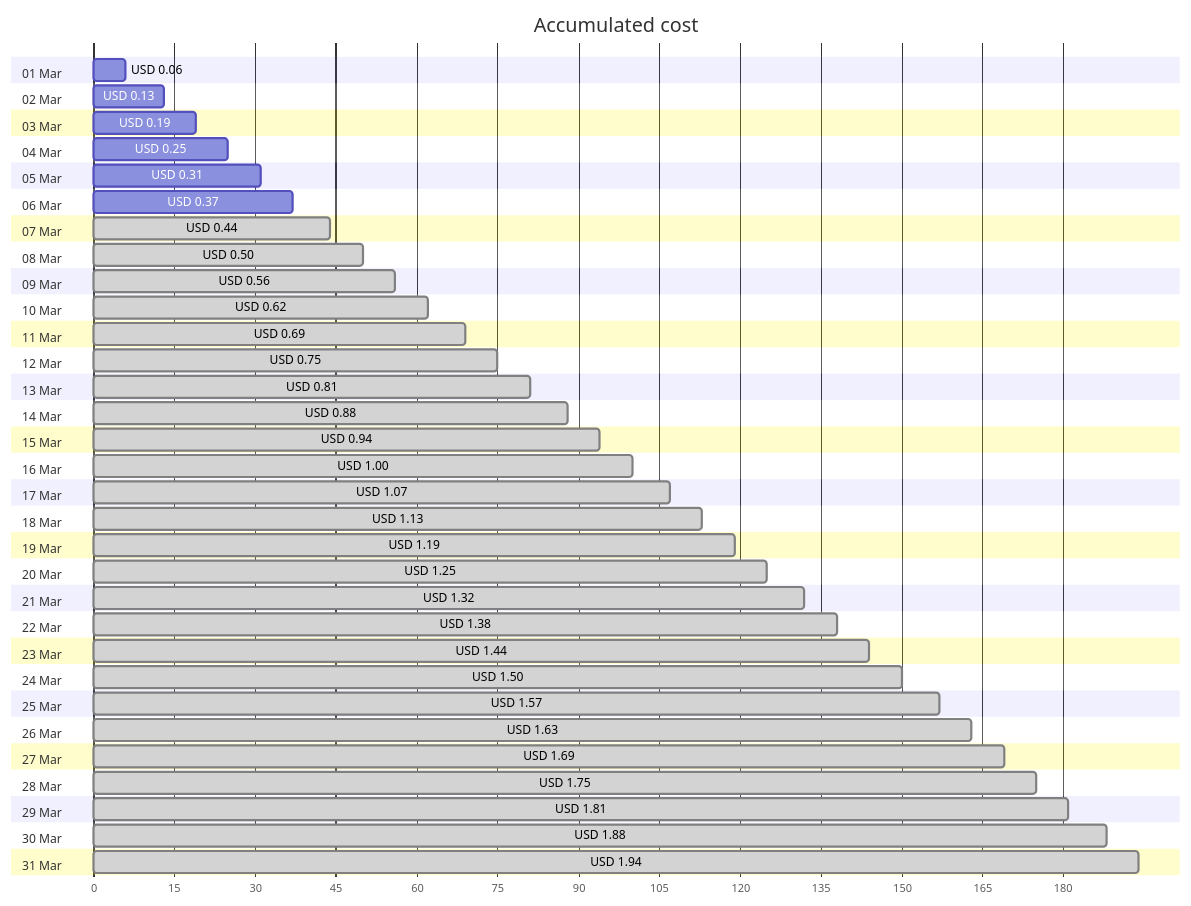
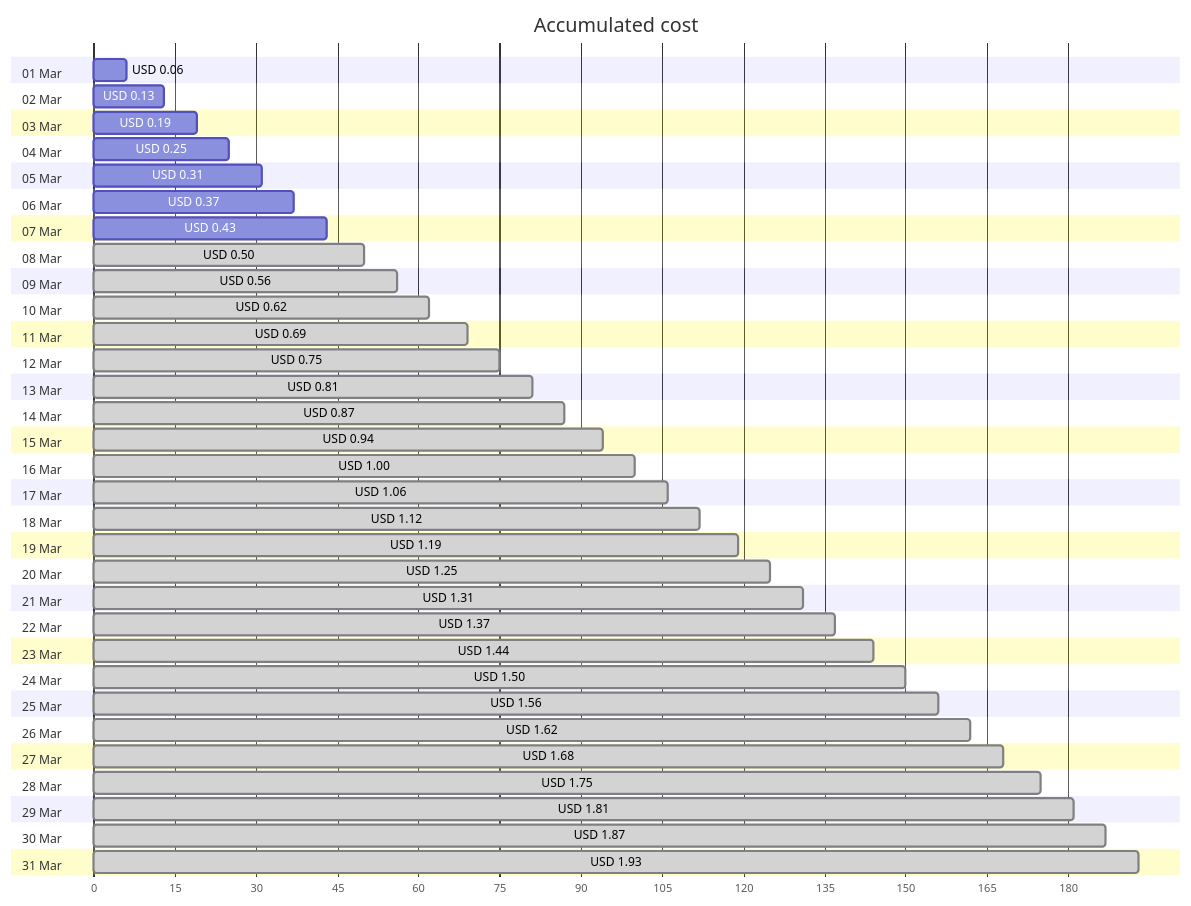
One commit to jpfulton/azure-personal-reports changed the first of 4 diagrams in cost-reports/personal-network/backup-server_OsDisk.md. Above: the diagram before and after it, drawn with Mermaid. The commit also changed other lines of this file and 7 other files, not shown here.

````diff
--- a/cost-reports/personal-network/backup-server_OsDisk.md
+++ b/cost-reports/personal-network/backup-server_OsDisk.md
@@ -20,68 +20,68 @@
 ```mermaid
 gantt
    title Accumulated cost
    dateFormat  X
    axisFormat %s
    section 01 Mar
    USD 0.06 :0, 6
    section 02 Mar
    USD 0.13 :0, 13
    section 03 Mar
    USD 0.19 :0, 19
    section 04 Mar
    USD 0.25 :0, 25
    section 05 Mar
    USD 0.31 :0, 31
    section 06 Mar
    USD 0.37 :0, 37
    section 07 Mar
-   USD 0.44 : done, 0, 44
+   USD 0.43 :0, 43
    section 08 Mar
    USD 0.50 : done, 0, 50
    section 09 Mar
    USD 0.56 : done, 0, 56
    section 10 Mar
    USD 0.62 : done, 0, 62
    section 11 Mar
    USD 0.69 : done, 0, 69
    section 12 Mar
    USD 0.75 : done, 0, 75
    section 13 Mar
    USD 0.81 : done, 0, 81
    section 14 Mar
-   USD 0.88 : done, 0, 88
+   USD 0.87 : done, 0, 87
    section 15 Mar
    USD 0.94 : done, 0, 94
    section 16 Mar
    USD 1.00 : done, 0, 100
    section 17 Mar
-   USD 1.07 : done, 0, 107
+   USD 1.06 : done, 0, 106
    section 18 Mar
-   USD 1.13 : done, 0, 113
+   USD 1.12 : done, 0, 112
    section 19 Mar
    USD 1.19 : done, 0, 119
    section 20 Mar
    USD 1.25 : done, 0, 125
    section 21 Mar
-   USD 1.32 : done, 0, 132
+   USD 1.31 : done, 0, 131
    section 22 Mar
-   USD 1.38 : done, 0, 138
+   USD 1.37 : done, 0, 137
    section 23 Mar
    USD 1.44 : done, 0, 144
    section 24 Mar
    USD 1.50 : done, 0, 150
    section 25 Mar
-   USD 1.57 : done, 0, 157
+   USD 1.56 : done, 0, 156
    section 26 Mar
-   USD 1.63 : done, 0, 163
+   USD 1.62 : done, 0, 162
    section 27 Mar
-   USD 1.69 : done, 0, 169
+   USD 1.68 : done, 0, 168
    section 28 Mar
    USD 1.75 : done, 0, 175
    section 29 Mar
    USD 1.81 : done, 0, 181
    section 30 Mar
-   USD 1.88 : done, 0, 188
+   USD 1.87 : done, 0, 187
    section 31 Mar
-   USD 1.94 : done, 0, 194
+   USD 1.93 : done, 0, 193
 ```
````
